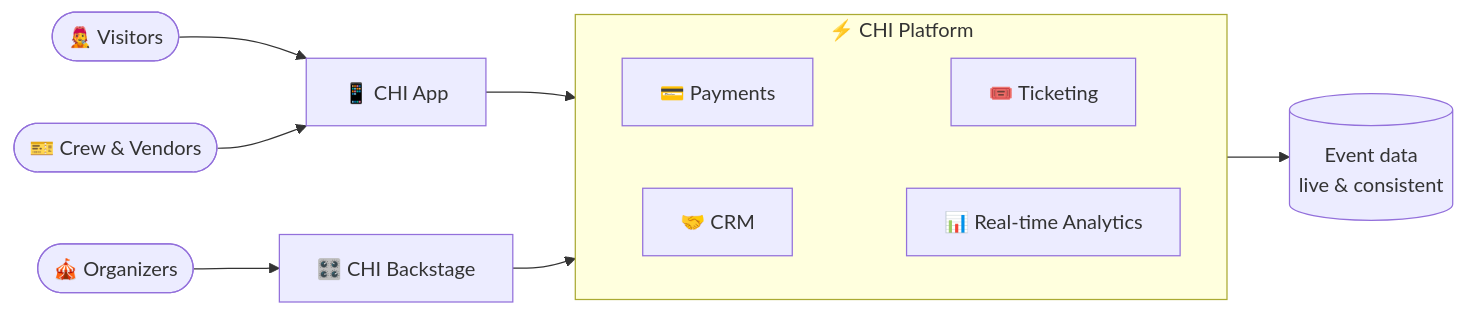
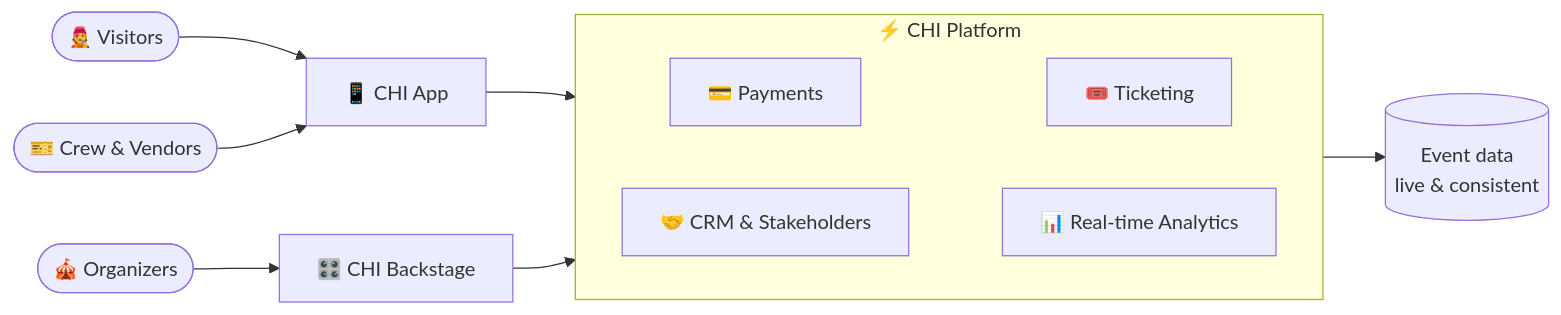
Before and after one commit to CHI-Ecosystem/.github: the diagram in profile/README.md, drawn with Mermaid. The commit also changed other lines of this file, not shown here.

````diff
--- a/profile/README.md
+++ b/profile/README.md
@@ -48,17 +64,17 @@
 ```mermaid
 flowchart LR
     V([🧑‍🎤 Visitors]) --> APP[📱 CHI App]
     C([🎫 Crew & Vendors]) --> APP
     O([🎪 Organizers]) --> BS[🎛️ CHI Backstage]
 
     APP --> CORE
     BS --> CORE
 
     subgraph CORE[⚡ CHI Platform]
         direction LR
         PAY[💳 Payments] ~~~ TIX[🎟️ Ticketing]
-        CRM[🤝 CRM] ~~~ AN[📊 Real-time Analytics]
+        CRM[🤝 CRM & Stakeholders] ~~~ AN[📊 Real-time Analytics]
     end
 
     CORE --> D[("Event data<br/>live & consistent")]
 ```
````
